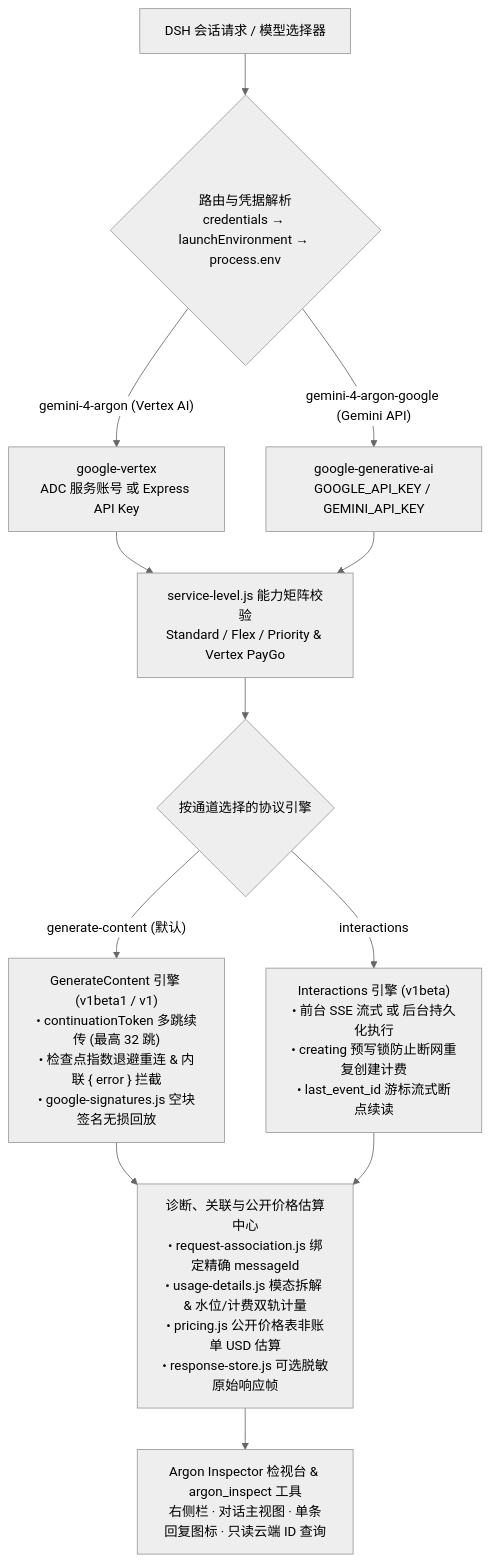
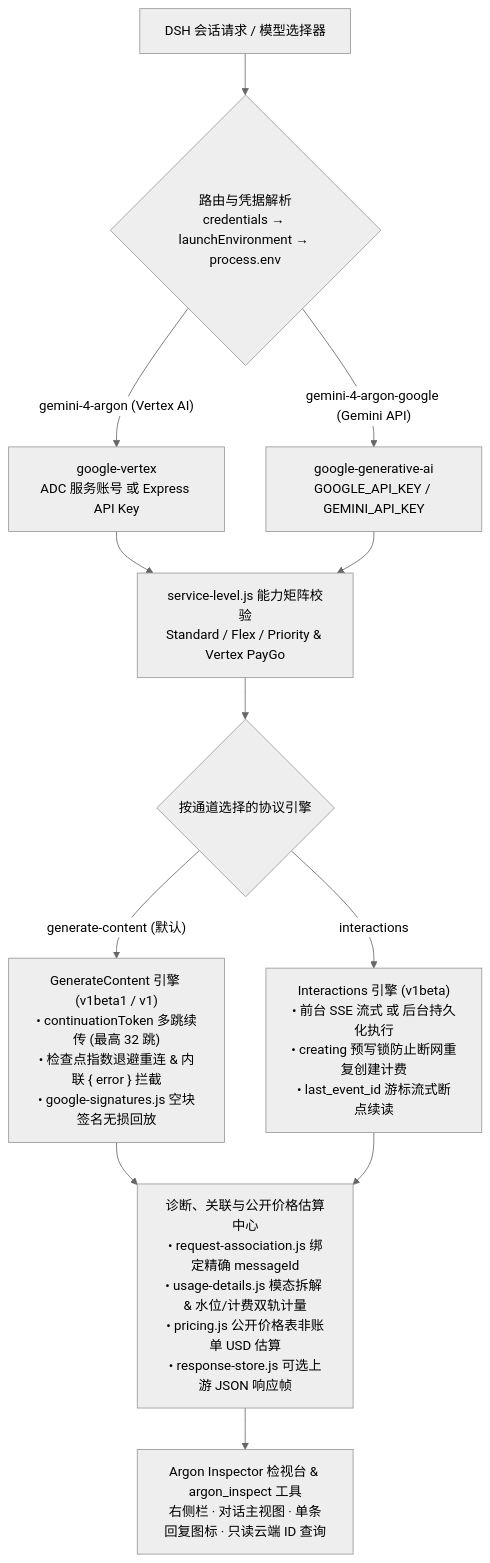
Before and after one commit to higekibaka/dsh-vertex-argon: the diagram in README.md, drawn with Mermaid (neutral theme). The commit also changed other lines of this file and 25 other files, not shown here.

Commit message:
fix(pricing,adapter): resolve omitted zero usage counters, harden patch lifecycle, and enforce offline test guard

````diff
--- a/README.md
+++ b/README.md
@@ -80,18 +80,18 @@
 ```mermaid
 flowchart TD
     U["DSH 会话请求 / 模型选择器"] --> R{"路由与凭据解析<br/>credentials → launchEnvironment → process.env"}
     R -->|"gemini-4-argon (Vertex AI)"| V["google-vertex<br/>ADC 服务账号 或 Express API Key"]
     R -->|"gemini-4-argon-google (Gemini API)"| G["google-generative-ai<br/>GOOGLE_API_KEY / GEMINI_API_KEY"]
 
     V --> S["service-level.js 能力矩阵校验<br/>Standard / Flex / Priority & Vertex PayGo"]
     G --> S
 
     S --> P{"按通道选择的协议引擎"}
     P -->|"generate-content (默认)"| GC["GenerateContent 引擎 (v1beta1 / v1)<br/>• continuationToken 多跳续传 (最高 32 跳)<br/>• 检查点指数退避重连 & 内联 { error } 拦截<br/>• google-signatures.js 空块签名无损回放"]
     P -->|"interactions"| IA["Interactions 引擎 (v1beta)<br/>• 前台 SSE 流式 或 后台持久化执行<br/>• creating 预写锁防止断网重复创建计费<br/>• last_event_id 游标流式断点续读"]
 
-    GC --> D["诊断、关联与公开价格估算中心<br/>• request-association.js 绑定精确 messageId<br/>• usage-details.js 模态拆解 & 水位/计费双轨计量<br/>• pricing.js 公开价格表非账单 USD 估算<br/>• response-store.js 可选脱敏原始响应帧"]
+    GC --> D["诊断、关联与公开价格估算中心<br/>• request-association.js 绑定精确 messageId<br/>• usage-details.js 模态拆解 & 水位/计费双轨计量<br/>• pricing.js 公开价格表非账单 USD 估算<br/>• response-store.js 可选上游 JSON 响应帧"]
     IA --> D
 
     D --> UI["Argon Inspector 检视台 & argon_inspect 工具<br/>右侧栏 · 对话主视图 · 单条回复图标 · 只读云端 ID 查询"]
 ```
````
